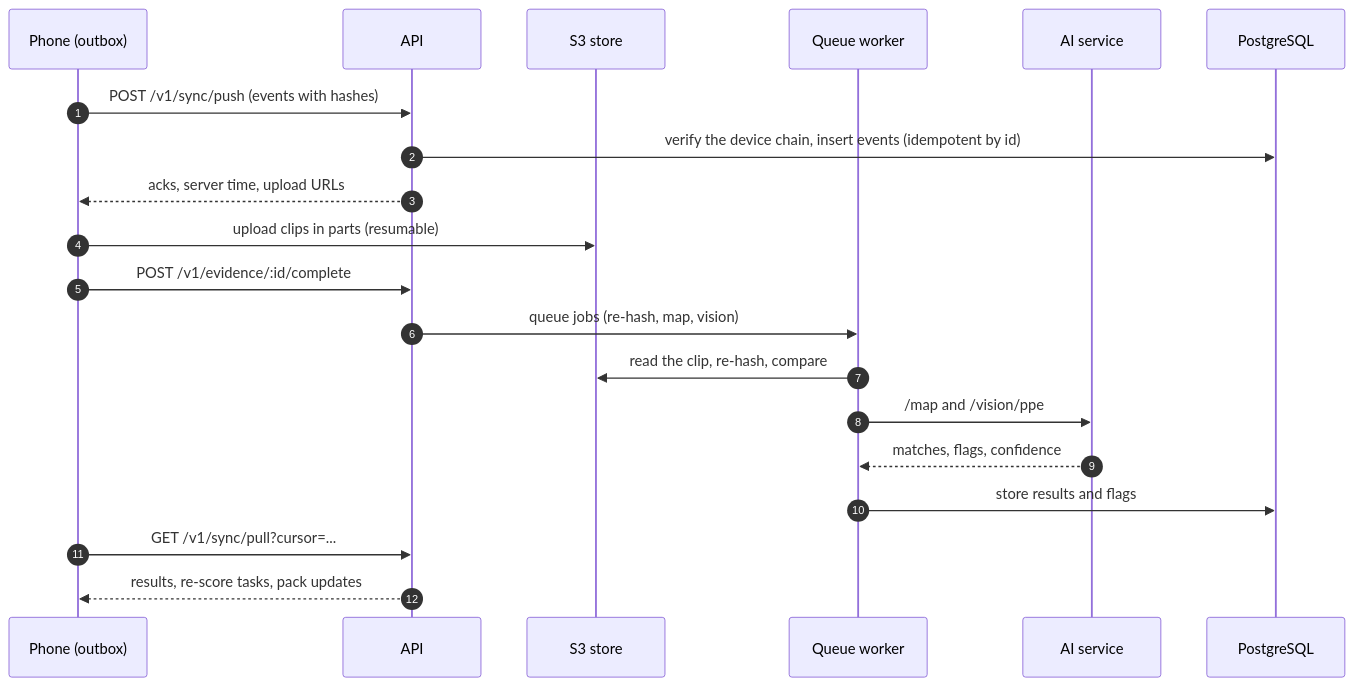
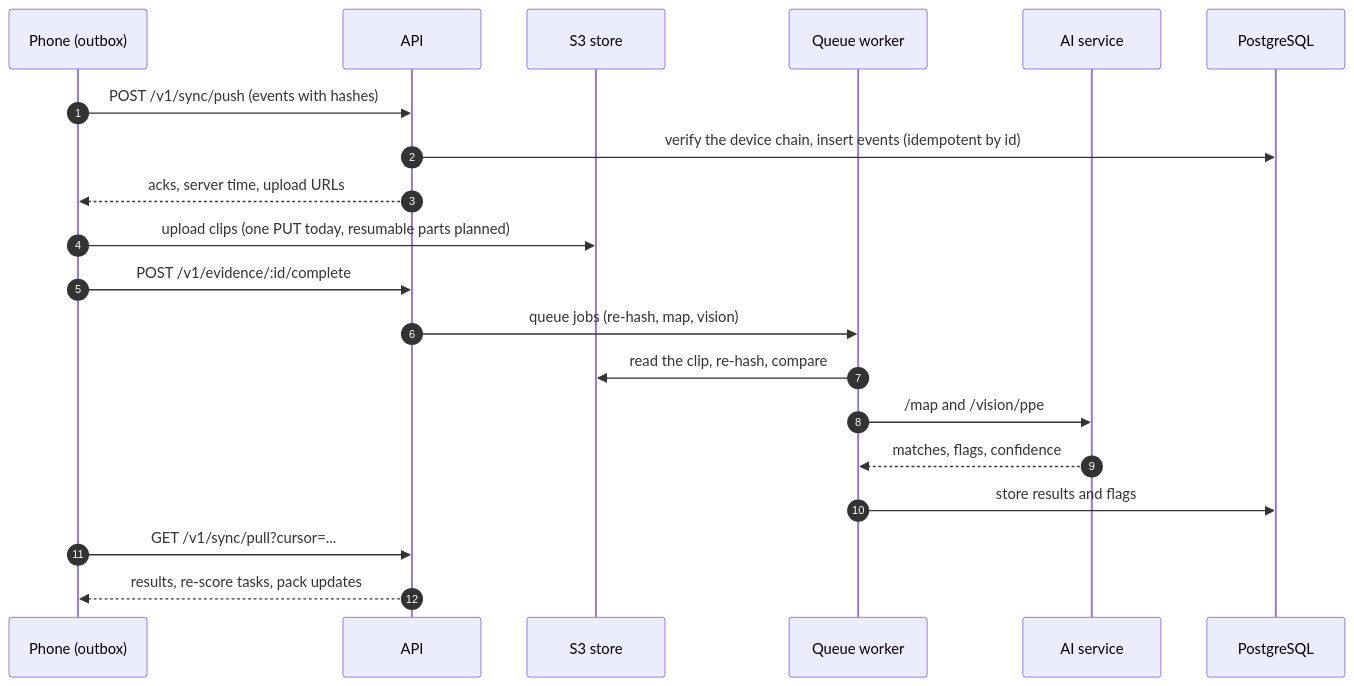
One commit to Sameergit23/Hunarparmaan changed the fourth of 6 diagrams in README.md. Above: the diagram before and after it, drawn with Mermaid. The commit also changed other lines of this file and 202 other files, not shown here.

````diff
--- a/README.md
+++ b/README.md
@@ -186,22 +202,22 @@
 ```mermaid
 sequenceDiagram
     autonumber
     participant P as Phone (outbox)
     participant A as API
     participant O as S3 store
     participant W as Queue worker
     participant X as AI service
     participant D as PostgreSQL
     P->>A: POST /v1/sync/push (events with hashes)
     A->>D: verify the device chain, insert events (idempotent by id)
     A-->>P: acks, server time, upload URLs
-    P->>O: upload clips in parts (resumable)
+    P->>O: upload clips (one PUT today, resumable parts planned)
     P->>A: POST /v1/evidence/:id/complete
     A->>W: queue jobs (re-hash, map, vision)
     W->>O: read the clip, re-hash, compare
     W->>X: /map and /vision/ppe
     X-->>W: matches, flags, confidence
     W->>D: store results and flags
     P->>A: GET /v1/sync/pull?cursor=...
     A-->>P: results, re-score tasks, pack updates
 ```
````
